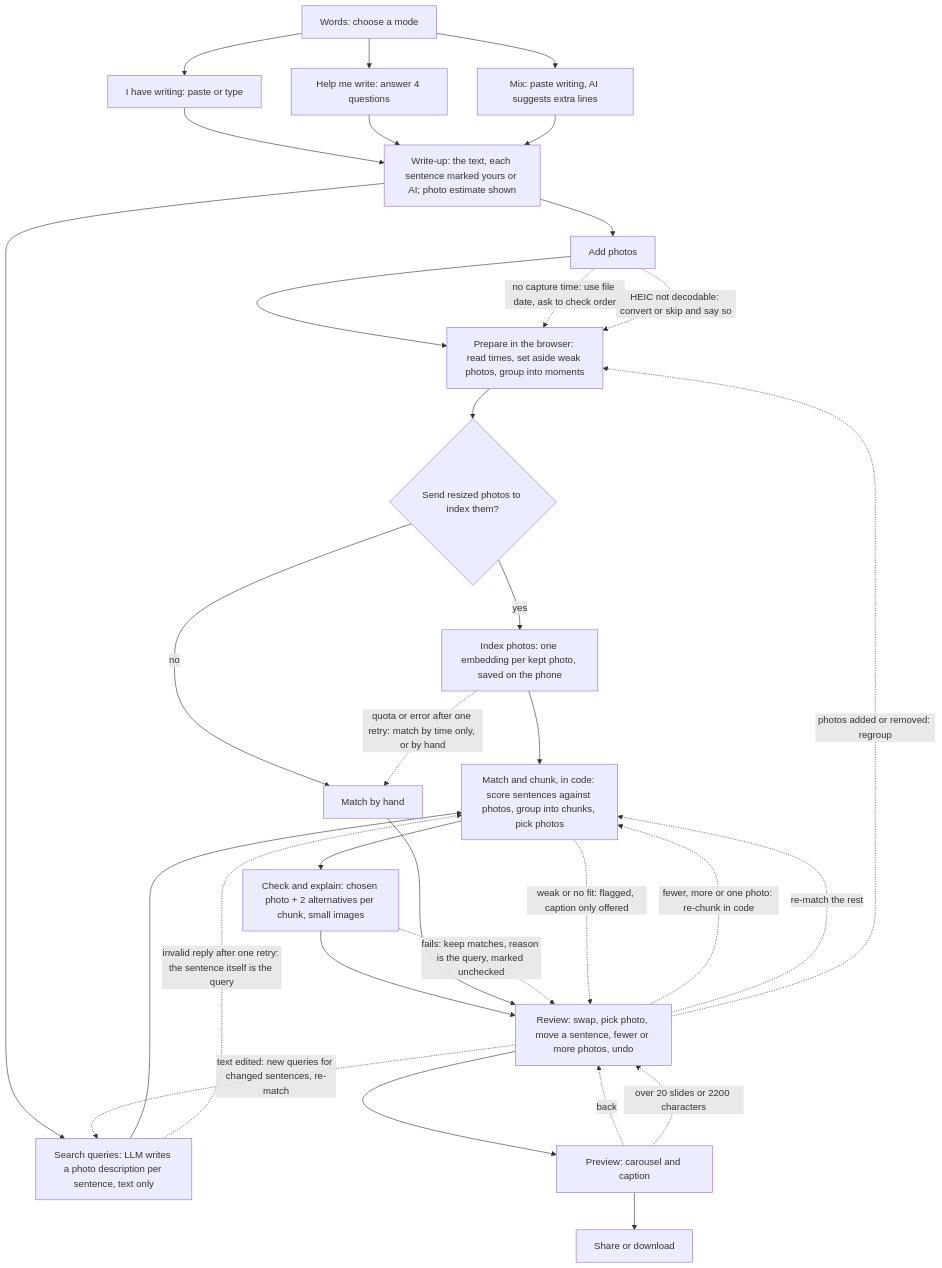
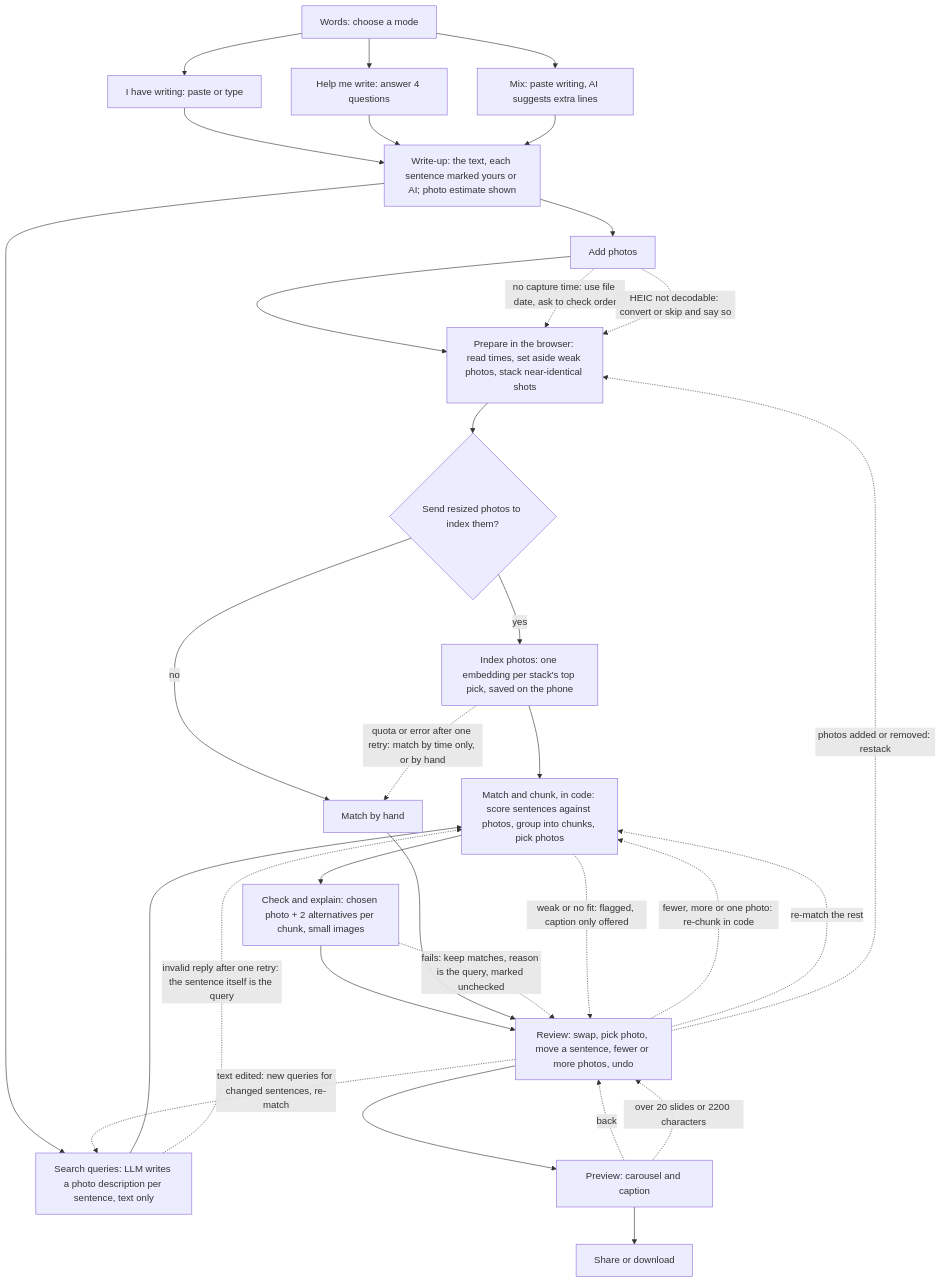
Before and after one commit to kashyap-17/inkreel: the diagram in docs/plan.md, drawn with Mermaid. The commit also changed other lines of this file and 50 other files, not shown here.

````diff
--- a/docs/plan.md
+++ b/docs/plan.md
@@ -22,36 +22,36 @@
 ```mermaid
 flowchart TD
   W[Words: choose a mode] --> W1[I have writing: paste or type]
   W --> W2[Help me write: answer 4 questions]
   W --> W3[Mix: paste writing, AI suggests extra lines]
   W1 --> P[Write-up: the text, each sentence marked yours or AI; photo estimate shown]
   W2 --> P
   W3 --> P
   P --> U[Add photos]
-  U --> R[Prepare in the browser: read times, set aside weak photos, group into moments]
+  U --> R[Prepare in the browser: read times, set aside weak photos, stack near-identical shots]
   P --> Q[Search queries: LLM writes a photo description per sentence, text only]
   R --> C{Send resized photos to index them?}
-  C -->|yes| I[Index photos: one embedding per kept photo, saved on the phone]
+  C -->|yes| I[Index photos: one embedding per stack's top pick, saved on the phone]
   C -->|no| H[Match by hand]
   I --> M[Match and chunk, in code: score sentences against photos, group into chunks, pick photos]
   Q --> M
   M --> K[Check and explain: chosen photo + 2 alternatives per chunk, small images]
   K --> V[Review: swap, pick photo, move a sentence, fewer or more photos, undo]
   H --> V
   V --> E[Preview: carousel and caption]
   E --> S[Share or download]
 
   V -.->|text edited: new queries for changed sentences, re-match| Q
   V -.->|fewer, more or one photo: re-chunk in code| M
   V -.->|re-match the rest| M
-  V -.->|photos added or removed: regroup| R
+  V -.->|photos added or removed: restack| R
   E -.->|back| V
 
   U -.->|no capture time: use file date, ask to check order| R
   U -.->|HEIC not decodable: convert or skip and say so| R
   I -.->|quota or error after one retry: match by time only, or by hand| H
   Q -.->|invalid reply after one retry: the sentence itself is the query| M
   K -.->|fails: keep matches, reason is the query, marked unchecked| V
   M -.->|weak or no fit: flagged, caption only offered| V
   E -.->|over 20 slides or 2200 characters| V
 ```
````
